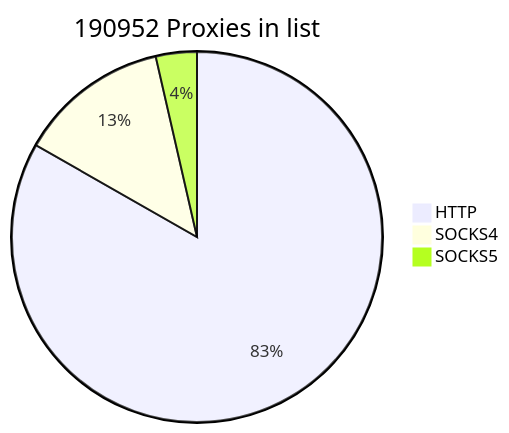
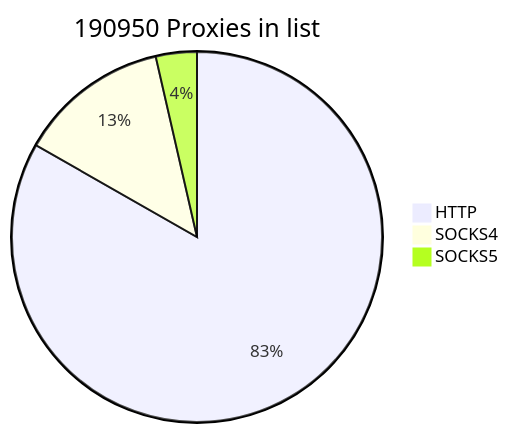
Before and after one commit to cutipu/proxylist: the first of 2 diagrams in README.md, drawn with Mermaid. The commit also changed other lines of this file, not shown here.

````diff
--- a/README.md
+++ b/README.md
@@ -2,7 +2,7 @@
 ```mermaid
-pie title 190952 Proxies in list
+pie title 190950 Proxies in list
     "HTTP" : 158963
-    "SOCKS4" : 25155
+    "SOCKS4" : 25153
     "SOCKS5" : 6834
             
 ```
````
